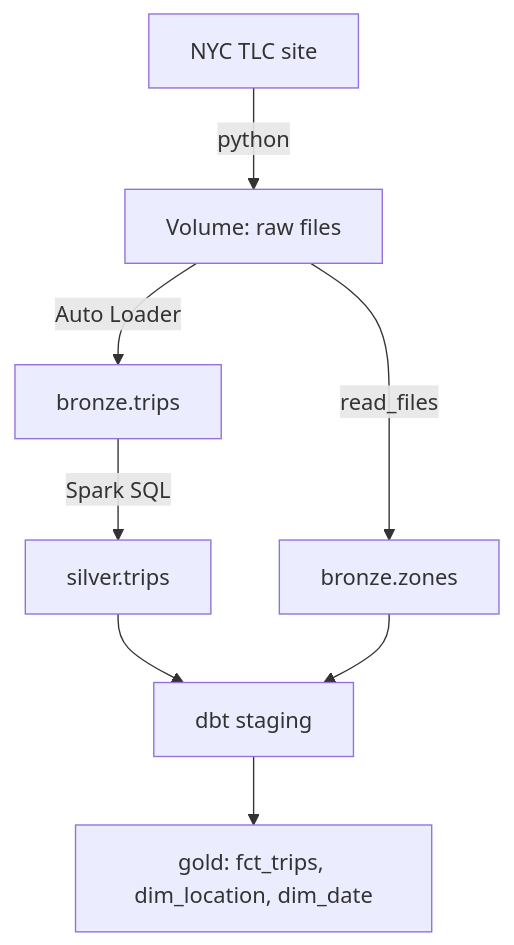
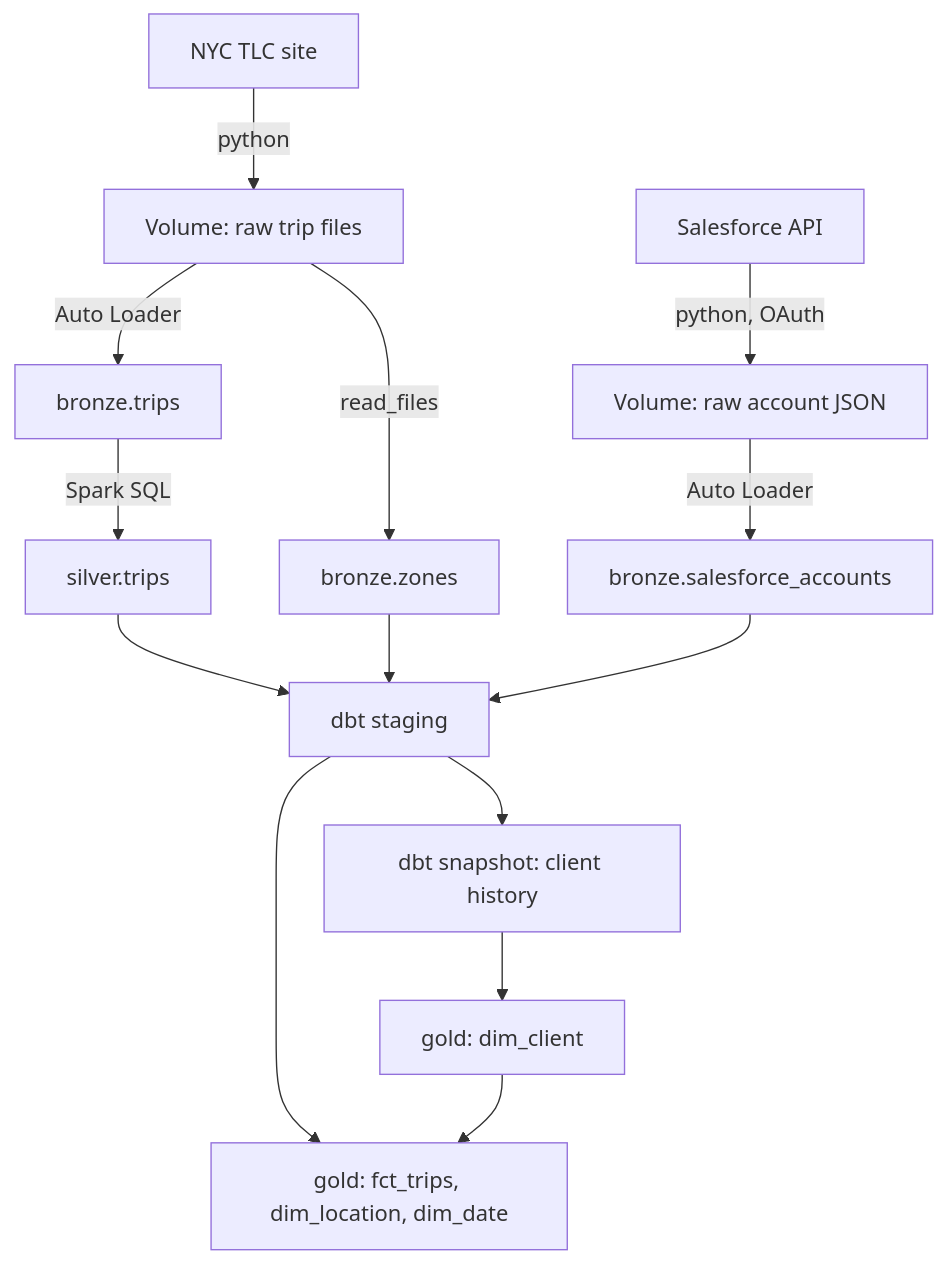
The diagram in README.md (jayjorneypua/nyc-taxi-pipeline), drawn with Mermaid before and after one commit. The commit also changed other lines of this file, not shown here.

Commit message:
update readme for salesforce, scd2, and incremental loads

````diff
--- a/README.md
+++ b/README.md
@@ -7,10 +7,16 @@
 ```mermaid
 flowchart TD
-    A[NYC TLC site] -->|python| B[Volume: raw files]
+    A[NYC TLC site] -->|python| B[Volume: raw trip files]
+    S[Salesforce API] -->|python, OAuth| T[Volume: raw account JSON]
     B -->|Auto Loader| C[bronze.trips]
     B -->|read_files| D[bronze.zones]
+    T -->|Auto Loader| U[bronze.salesforce_accounts]
     C -->|Spark SQL| E[silver.trips]
     E --> F[dbt staging]
     D --> F
-    F --> G[gold: fct_trips, dim_location, dim_date]
+    U --> F
+    F --> G[dbt snapshot: client history]
+    F --> H[gold: fct_trips, dim_location, dim_date]
+    G --> I[gold: dim_client]
+    I --> H
 ```
````
